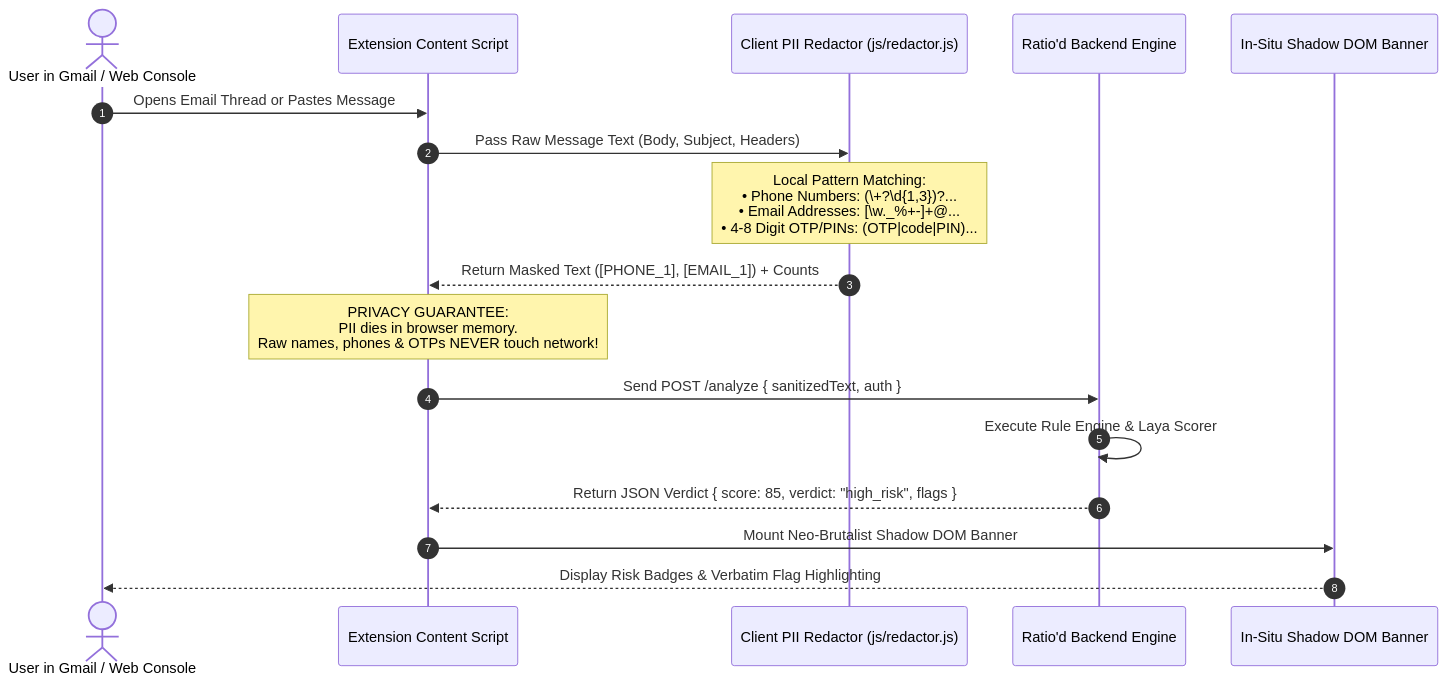
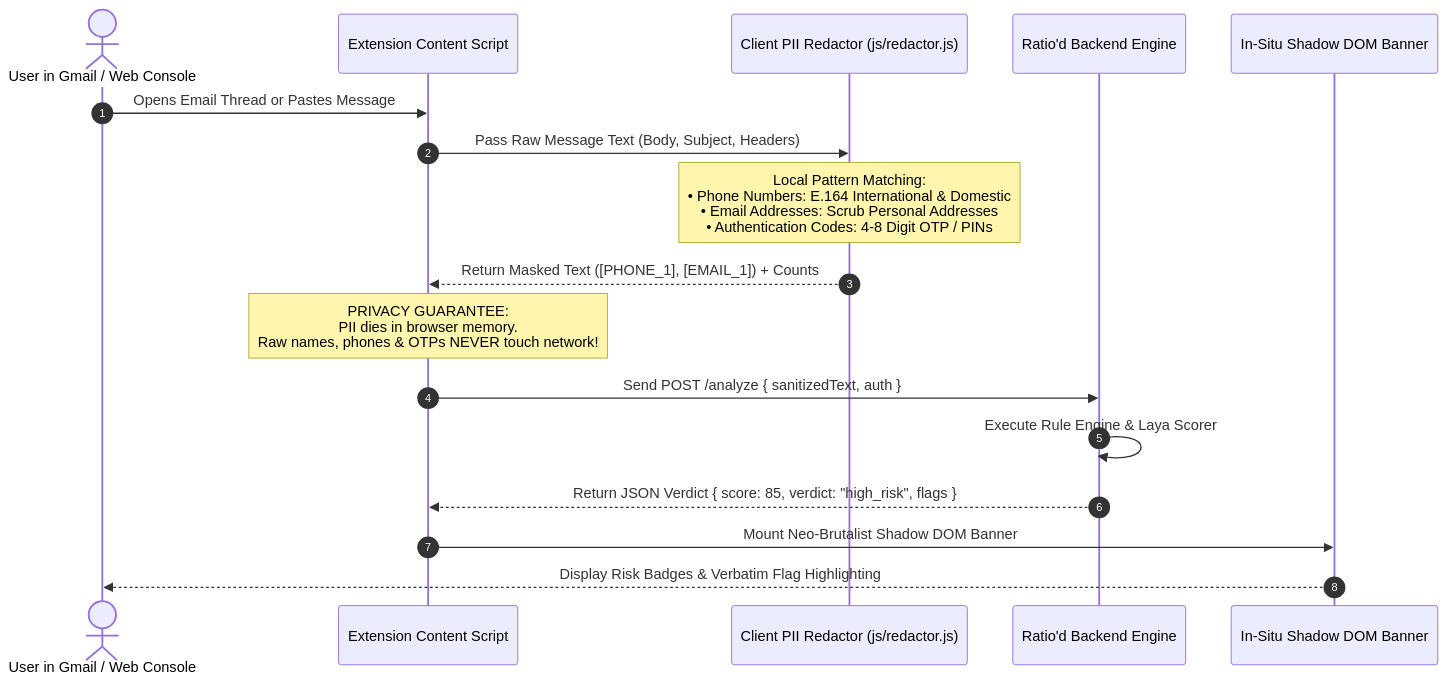
Before and after one commit to VedxntDev/Ratio-d: the third of 4 diagrams in README.md, drawn with Mermaid. The commit also changed other lines of this file, not shown here.

Commit message:
fix: resolve GitHub Mermaid render errors in Diagram 2 and Diagram 3

````diff
--- a/README.md
+++ b/README.md
@@ -220,20 +220,20 @@
 ```mermaid
 sequenceDiagram
     autonumber
     actor User as User in Gmail / Web Console
     participant CS as Extension Content Script
     participant Redactor as Client PII Redactor (js/redactor.js)
     participant Server as Ratio'd Backend Engine
     participant ShadowDOM as In-Situ Shadow DOM Banner
 
     User->>CS: Opens Email Thread or Pastes Message
     CS->>Redactor: Pass Raw Message Text (Body, Subject, Headers)
-    Note over Redactor: Local Pattern Matching:<br/>• Phone Numbers: (\+?\d{1,3})?...<br/>• Email Addresses: [\w._%+-]+@...<br/>• 4-8 Digit OTP/PINs: (OTP|code|PIN)...
+    Note over Redactor: Local Pattern Matching:<br/>• Phone Numbers: E.164 International & Domestic<br/>• Email Addresses: Scrub Personal Addresses<br/>• Authentication Codes: 4-8 Digit OTP / PINs
     Redactor-->>CS: Return Masked Text ([PHONE_1], [EMAIL_1]) + Counts
     Note over CS: PRIVACY GUARANTEE:<br/>PII dies in browser memory.<br/>Raw names, phones & OTPs NEVER touch network!
     CS->>Server: Send POST /analyze { sanitizedText, auth }
     Server->>Server: Execute Rule Engine & Laya Scorer
     Server-->>CS: Return JSON Verdict { score: 85, verdict: "high_risk", flags }
     CS->>ShadowDOM: Mount Neo-Brutalist Shadow DOM Banner
     ShadowDOM-->>User: Display Risk Badges & Verbatim Flag Highlighting
 ```
````
